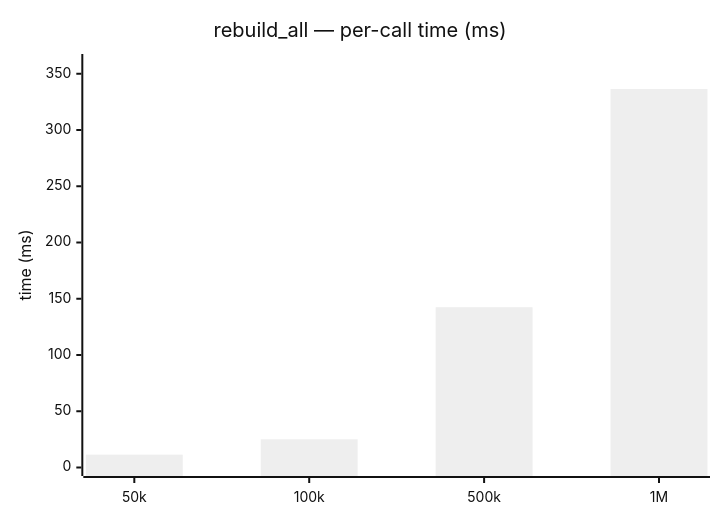
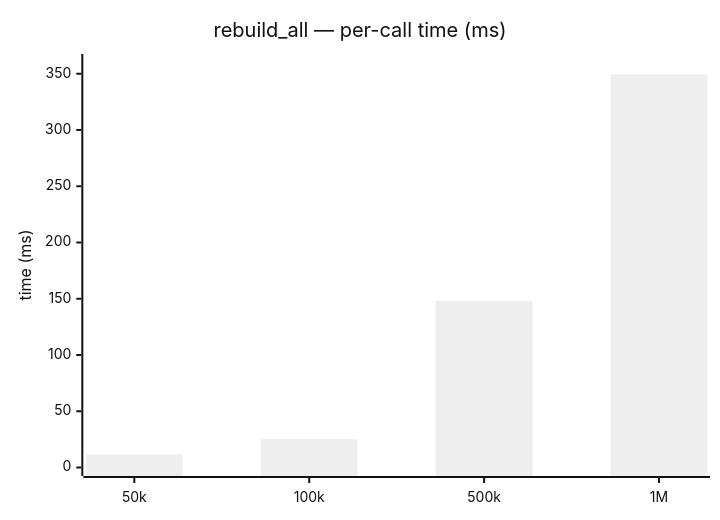
The second of 2 diagrams in docs/benchmark/rebuild.md (dch4o/copse), drawn with Mermaid (neutral theme) before and after one commit. The commit also changed other lines of this file and 3 other files, not shown here.

````diff
--- a/docs/benchmark/rebuild.md
+++ b/docs/benchmark/rebuild.md
@@ -55,7 +55,7 @@
 ```mermaid
 xychart-beta
     title "rebuild_all — per-call time (ms)"
     x-axis [50k, 100k, 500k, 1M]
     y-axis "time (ms)" 0 --> 360
-    bar [11.41, 25.08, 142.48, 336.45]
+    bar [11.58, 25.35, 148.09, 349.48]
 ```
````
